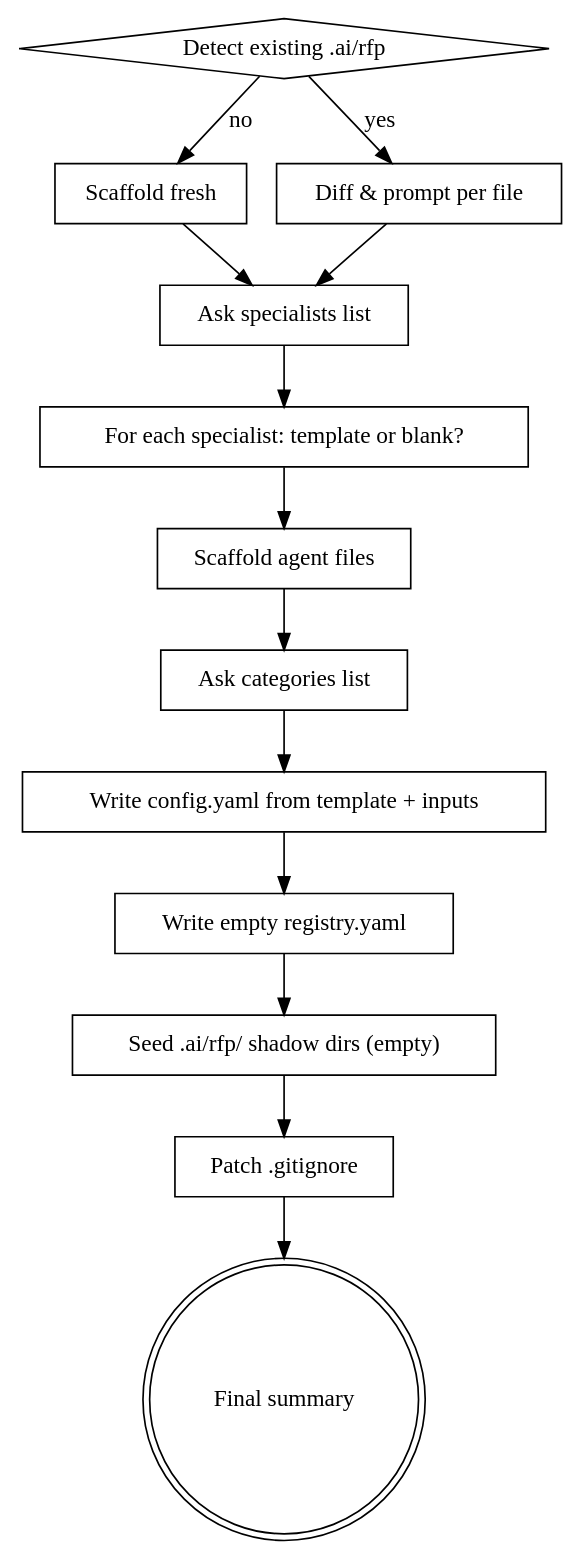
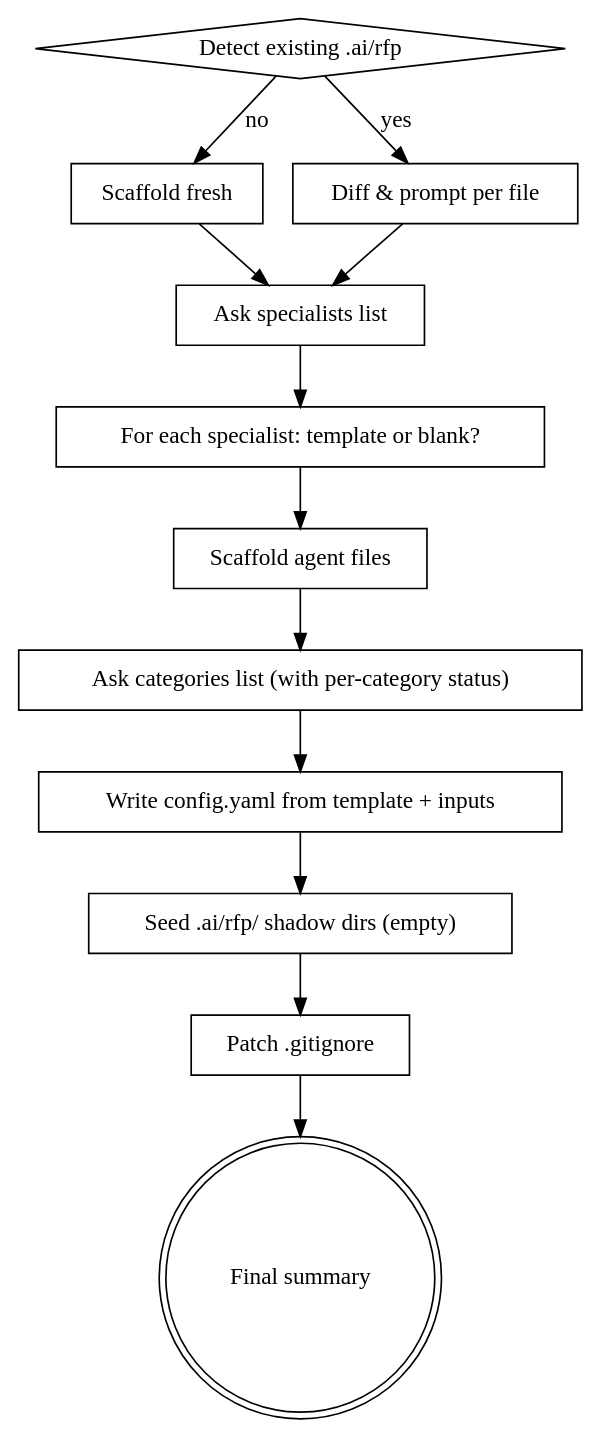
Before and after one commit to easingthemes/dx-aem-flow: the first of 2 diagrams in docs/research/2026-04-14-dx-rfp-plugin-plan.md, drawn with Graphviz. The commit also changed other lines of this file and 3 other files, not shown here.

````diff
--- a/docs/research/2026-04-14-dx-rfp-plugin-plan.md
+++ b/docs/research/2026-04-14-dx-rfp-plugin-plan.md
@@ -383,29 +378,27 @@
 ```dot
 digraph rfp_init {
   "Detect existing .ai/rfp" [shape=diamond];
   "Scaffold fresh" [shape=box];
   "Diff & prompt per file" [shape=box];
   "Ask specialists list" [shape=box];
   "For each specialist: template or blank?" [shape=box];
   "Scaffold agent files" [shape=box];
-  "Ask categories list" [shape=box];
+  "Ask categories list (with per-category status)" [shape=box];
   "Write config.yaml from template + inputs" [shape=box];
-  "Write empty registry.yaml" [shape=box];
   "Seed .ai/rfp/ shadow dirs (empty)" [shape=box];
   "Patch .gitignore" [shape=box];
   "Final summary" [shape=doublecircle];
 
   "Detect existing .ai/rfp" -> "Scaffold fresh" [label="no"];
   "Detect existing .ai/rfp" -> "Diff & prompt per file" [label="yes"];
   "Scaffold fresh" -> "Ask specialists list";
   "Diff & prompt per file" -> "Ask specialists list";
   "Ask specialists list" -> "For each specialist: template or blank?";
   "For each specialist: template or blank?" -> "Scaffold agent files";
-  "Scaffold agent files" -> "Ask categories list";
-  "Ask categories list" -> "Write config.yaml from template + inputs";
-  "Write config.yaml from template + inputs" -> "Write empty registry.yaml";
-  "Write empty registry.yaml" -> "Seed .ai/rfp/ shadow dirs (empty)";
+  "Scaffold agent files" -> "Ask categories list (with per-category status)";
+  "Ask categories list (with per-category status)" -> "Write config.yaml from template + inputs";
+  "Write config.yaml from template + inputs" -> "Seed .ai/rfp/ shadow dirs (empty)";
   "Seed .ai/rfp/ shadow dirs (empty)" -> "Patch .gitignore";
   "Patch .gitignore" -> "Final summary";
 }
 ```
````
